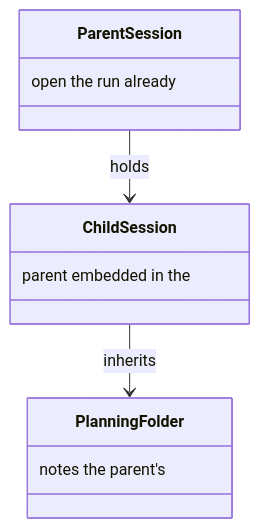
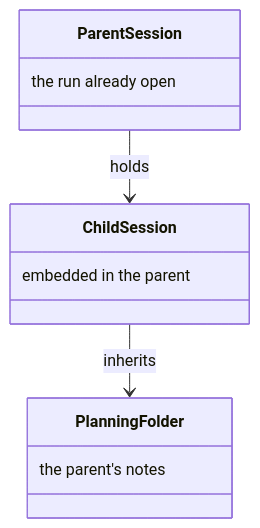
One commit to m2ux/workflow-server changed the fourth of 18 diagrams in docs/dispatch.md. Above: the diagram before and after it, drawn with Mermaid. The commit also changed other lines of this file and 10 other files, not shown here.

Commit message:
Write each class-box note in reading order so the diagram shows the phrase as written.

````diff
--- a/docs/dispatch.md
+++ b/docs/dispatch.md
@@ -66,14 +66,14 @@
 ```mermaid
 classDiagram
   class ParentSession {
-    open the run already
+    the run already open
   }
   class ChildSession {
-    parent embedded in the
+    embedded in the parent
   }
   class PlanningFolder {
-    notes the parent's
+    the parent's notes
   }
   ParentSession --> ChildSession : holds
   ChildSession --> PlanningFolder : inherits
 ```
````
